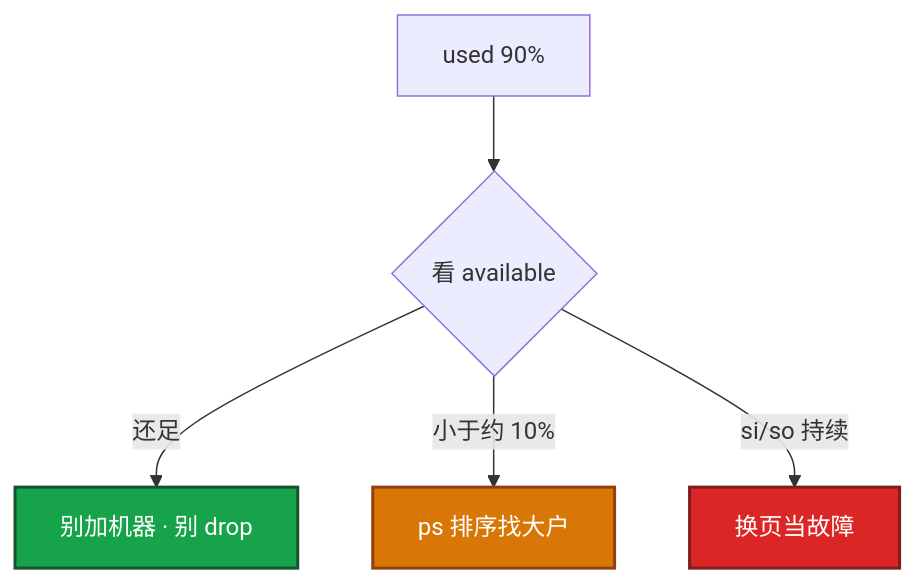
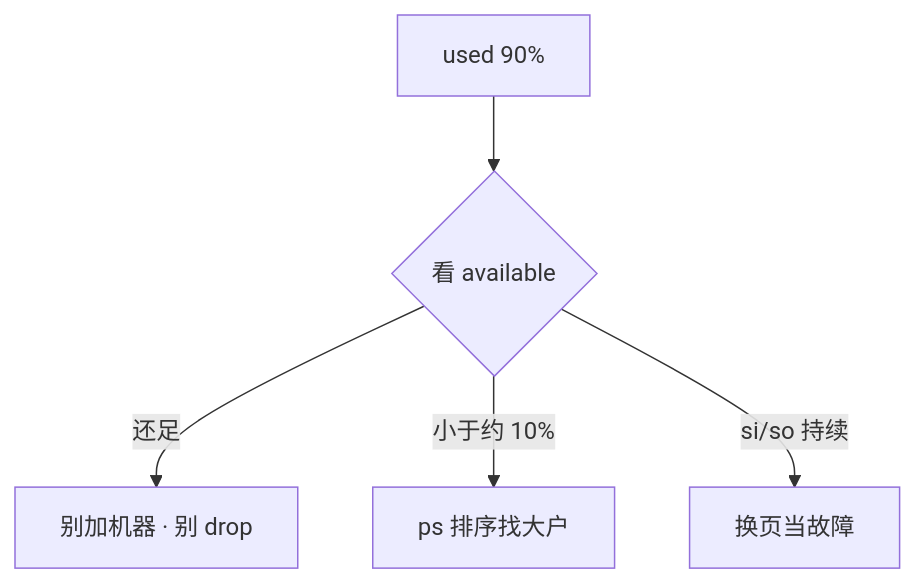
Before and after one commit to ml-cuizijun/LearnToLilith: the first of 4 diagrams in 01-基础底座/07-内存与OOM/练习题.md, drawn with Mermaid. The commit also changed other lines of this file and 470 other files, not shown here.

````diff
--- a/01-基础底座/07-内存与OOM/练习题.md
+++ b/01-基础底座/07-内存与OOM/练习题.md
@@ -48,14 +50,11 @@
 ```mermaid
 flowchart TB
     A[used 90%] --> B{看 available}
     B -->|还足| C[别加机器 · 别 drop]
     B -->|小于约 10%| D[ps 排序找大户]
     B -->|si/so 持续| E[换页当故障]
 
-    classDef ok fill:#16A34A,stroke:#14532D,stroke-width:2px,color:#fff
-    classDef bad fill:#DC2626,stroke:#7F1D1D,stroke-width:2px,color:#fff
-    classDef warn fill:#D97706,stroke:#92400E,stroke-width:2px,color:#fff
     class C ok
     class E bad
     class D warn
 ```
````
